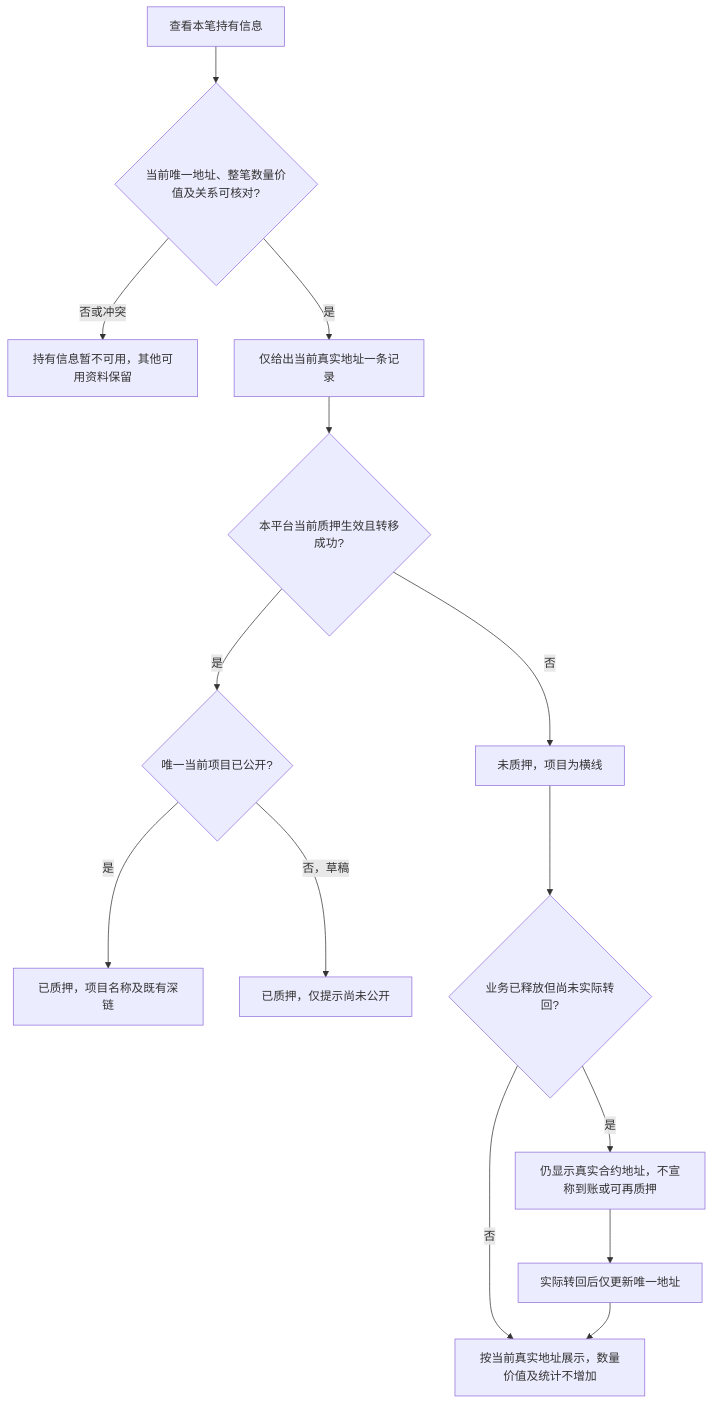
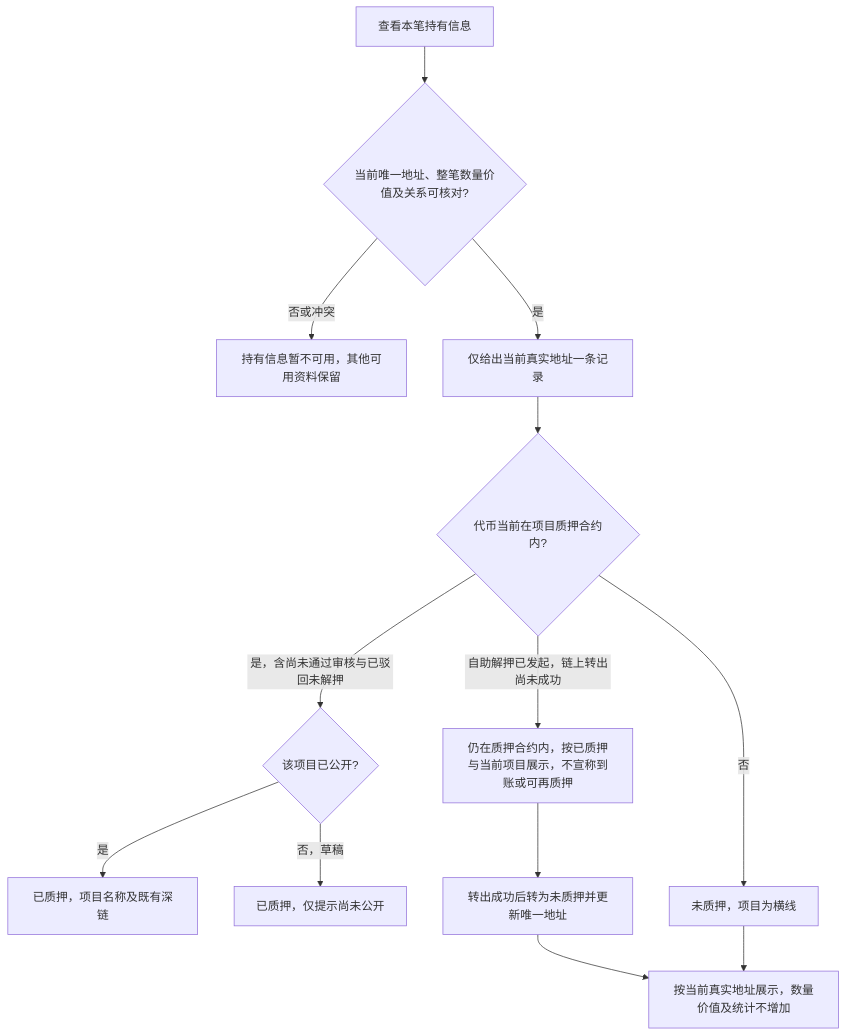
Before and after one commit to wxblockchain/Chain-Financing: the third of 6 diagrams in lending-platform/PRD/v1.0-资产广场-已上架代币只读域/02-资产广场-流程图与状态机.md, drawn with Mermaid. The commit also changed other lines of this file and 4 other files, not shown here.

````diff
--- a/lending-platform/PRD/v1.0-资产广场-已上架代币只读域/02-资产广场-流程图与状态机.md
+++ b/lending-platform/PRD/v1.0-资产广场-已上架代币只读域/02-资产广场-流程图与状态机.md
@@ -56,16 +56,15 @@
 ```mermaid
 flowchart TD
   A[查看本笔持有信息] --> B{当前唯一地址、整笔数量价值及关系可核对?}
   B -->|否或冲突| C[持有信息暂不可用，其他可用资料保留]
   B -->|是| D[仅给出当前真实地址一条记录]
-  D --> E{本平台当前质押生效且转移成功?}
-  E -->|是| F{唯一当前项目已公开?}
+  D --> E{代币当前在项目质押合约内?}
+  E -->|是，含尚未通过审核与已驳回未解押| F{该项目已公开?}
   F -->|是| G[已质押，项目名称及既有深链]
   F -->|否，草稿| H[已质押，仅提示尚未公开]
+  E -->|自助解押已发起，链上转出尚未成功| K[仍在质押合约内，按已质押与当前项目展示，不宣称到账或可再质押]
+  K --> M[转出成功后转为未质押并更新唯一地址]
   E -->|否| I[未质押，项目为横线]
-  I --> J{业务已释放但尚未实际转回?}
-  J -->|是| K[仍显示真实合约地址，不宣称到账或可再质押]
-  K --> M[实际转回后仅更新唯一地址]
-  J -->|否| L[按当前真实地址展示，数量价值及统计不增加]
-  M --> L
+  M --> L[按当前真实地址展示，数量价值及统计不增加]
+  I --> L
 ```
````
